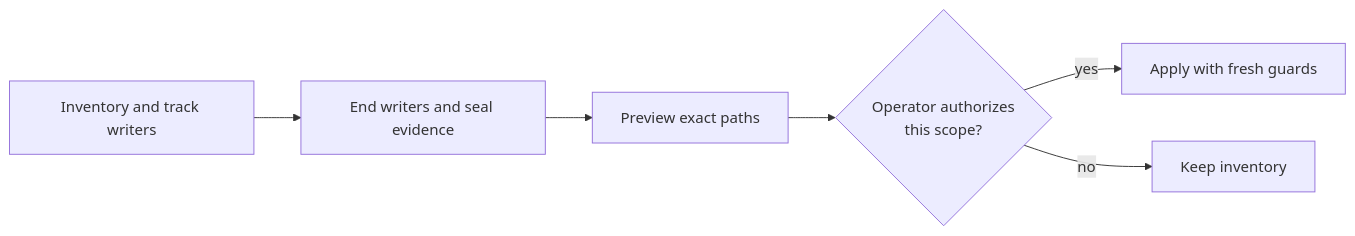
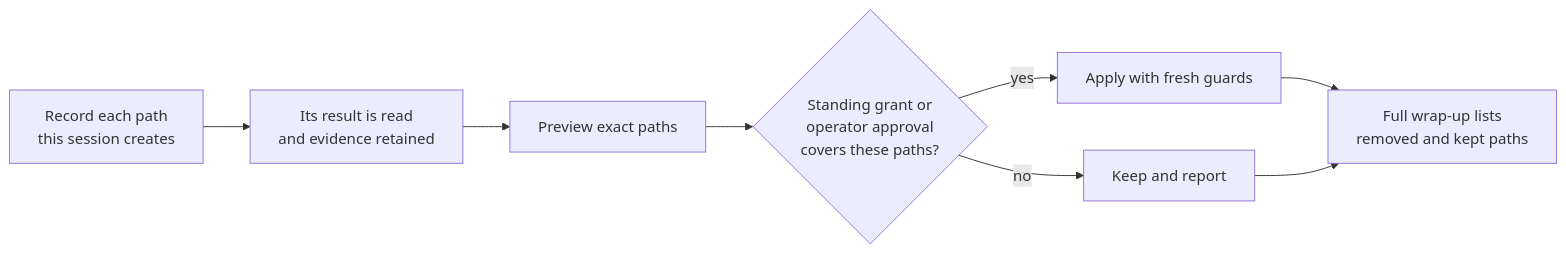
One commit to topij/agentic-dev-kit changed the third of 3 diagrams in README.md. Above: the diagram before and after it, drawn with Mermaid. The commit also changed other lines of this file and 6 other files, not shown here.

First line of the commit message:
docs: bring reader guides and diagrams up to date with lane, review and cleanup work (#1295)

````diff
--- a/README.md
+++ b/README.md
@@ -100,8 +108,10 @@
 ```mermaid
 flowchart LR
-    Inventory["Inventory and track writers"] --> Retain["End writers and seal evidence"]
-    Retain --> Preview["Preview exact paths"]
-    Preview --> Decision{"Operator authorizes<br/>this scope?"}
+    Record["Record each path<br/>this session creates"] --> Done["Its result is read<br/>and evidence retained"]
+    Done --> Preview["Preview exact paths"]
+    Preview --> Decision{"Standing grant or<br/>operator approval<br/>covers these paths?"}
     Decision -->|yes| Apply["Apply with fresh guards"]
-    Decision -->|no| Keep["Keep inventory"]
+    Decision -->|no| Keep["Keep and report"]
+    Apply --> Report["Full wrap-up lists<br/>removed and kept paths"]
+    Keep --> Report
 ```
````
